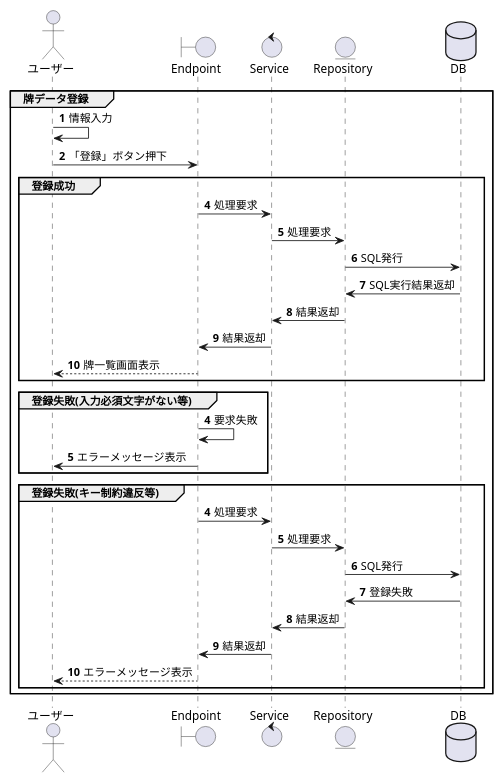
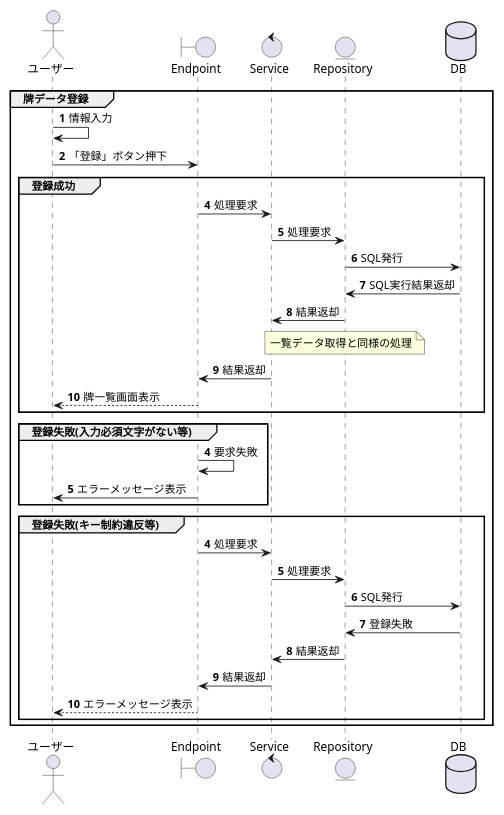
Before and after one commit to NakataTPD/2018-k-web-training: the sixth of 10 diagrams in document/詳細設計書/詳細設計書.md, drawn with PlantUML. The commit also changed other lines of this file and 1 other file, not shown here.

````diff
--- a/document/詳細設計書/詳細設計書.md
+++ b/document/詳細設計書/詳細設計書.md
@@ -270,41 +311,44 @@
 ```puml
 scale 0.8
 actor ユーザー as User
 boundary Endpoint as Con
 control Service as Ser
 entity Repository as Repo
 database DB as DB
 
 group 牌データ登録
   autonumber 1
 
     User -> User: 情報入力
     User -> Con: 「登録」ボタン押下
     group 登録成功
     autonumber 4
     Con -> Ser: 処理要求
     Ser -> Repo: 処理要求
     Repo -> DB: SQL発行
     DB -> Repo: SQL実行結果返却
     Repo -> Ser: 結果返却
+    note over Repo
+    一覧データ取得と同様の処理
+    end note
     Ser -> Con: 結果返却
     Con --> User: 牌一覧画面表示
     end
     group 登録失敗(入力必須文字がない等)
     autonumber 4
     Con -> Con: 要求失敗
     Con -> User: エラーメッセージ表示
     end
     group 登録失敗(キー制約違反等)
     autonumber 4
     Con -> Ser: 処理要求
     Ser -> Repo: 処理要求
     Repo -> DB: SQL発行
     DB -> Repo: 登録失敗
     Repo -> Ser: 結果返却
     Ser -> Con: 結果返却
     Con --> User: エラーメッセージ表示
     end
 
 end
 ```
````
